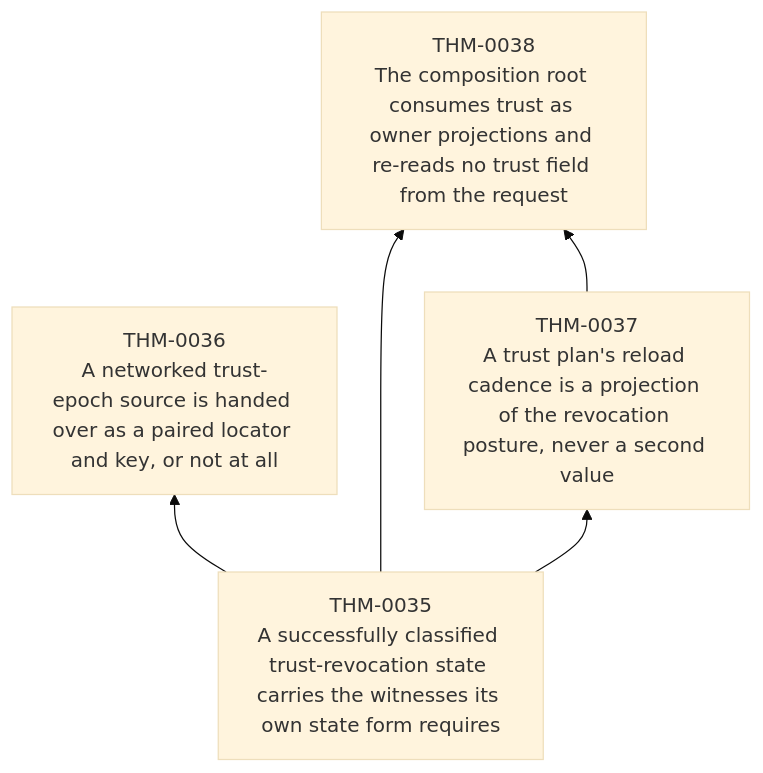
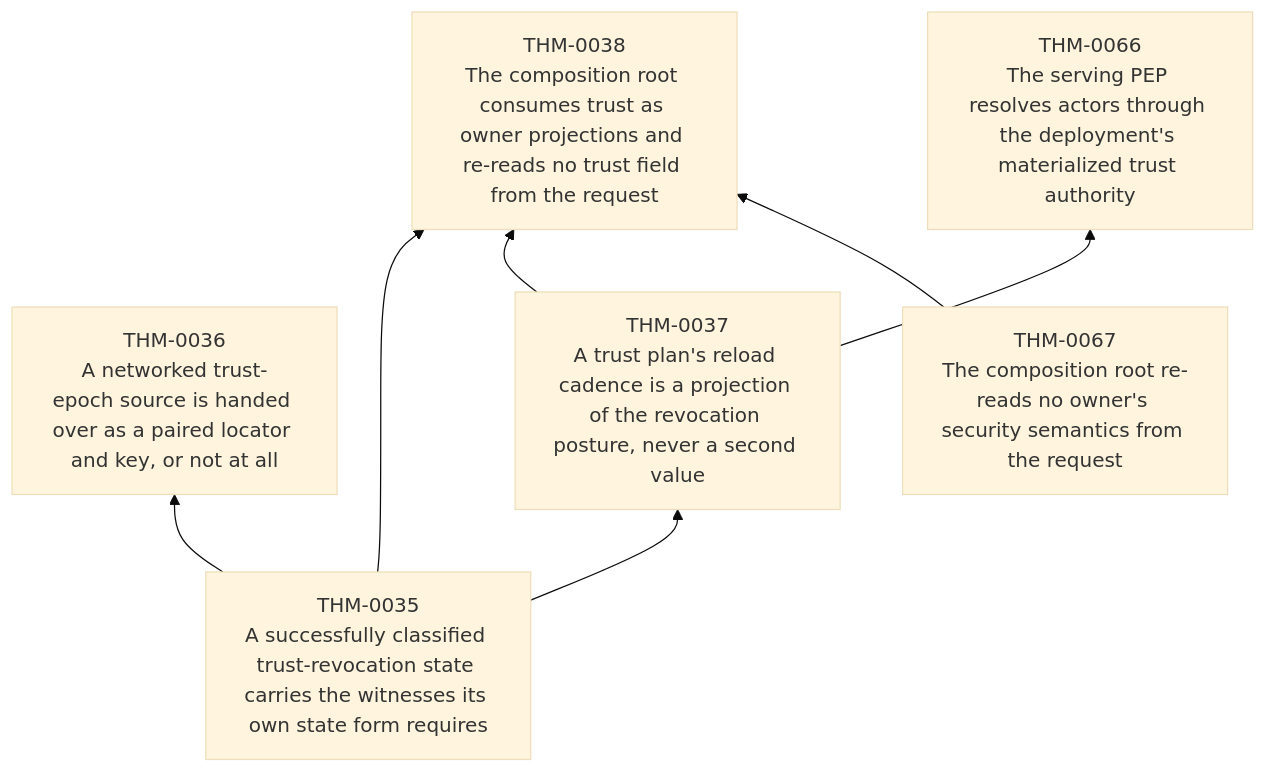
One commit to matssun/mcp-re changed diagram 12 of 26 in verification/generated/theorem-dependencies.md. Above: the diagram before and after it, drawn with Mermaid (base theme). The commit also changed other lines of this file and 8 other files, not shown here.

````diff
--- a/verification/generated/theorem-dependencies.md
+++ b/verification/generated/theorem-dependencies.md
@@ -161,11 +161,15 @@
 ```mermaid
 graph BT
     THM_0035["THM-0035<br/>A successfully classified trust-revocation state carries the witnesses its own state form requires"]
     THM_0036["THM-0036<br/>A networked trust-epoch source is handed over as a paired locator and key, or not at all"]
     THM_0037["THM-0037<br/>A trust plan's reload cadence is a projection of the revocation posture, never a second value"]
     THM_0038["THM-0038<br/>The composition root consumes trust as owner projections and re-reads no trust field from the request"]
+    THM_0066["THM-0066<br/>The serving PEP resolves actors through the deployment's materialized trust authority"]
+    THM_0067["THM-0067<br/>The composition root re-reads no owner's security semantics from the request"]
     THM_0035 --> THM_0036
     THM_0035 --> THM_0037
     THM_0035 --> THM_0038
     THM_0037 --> THM_0038
+    THM_0067 --> THM_0038
+    THM_0037 --> THM_0066
 ```
````
